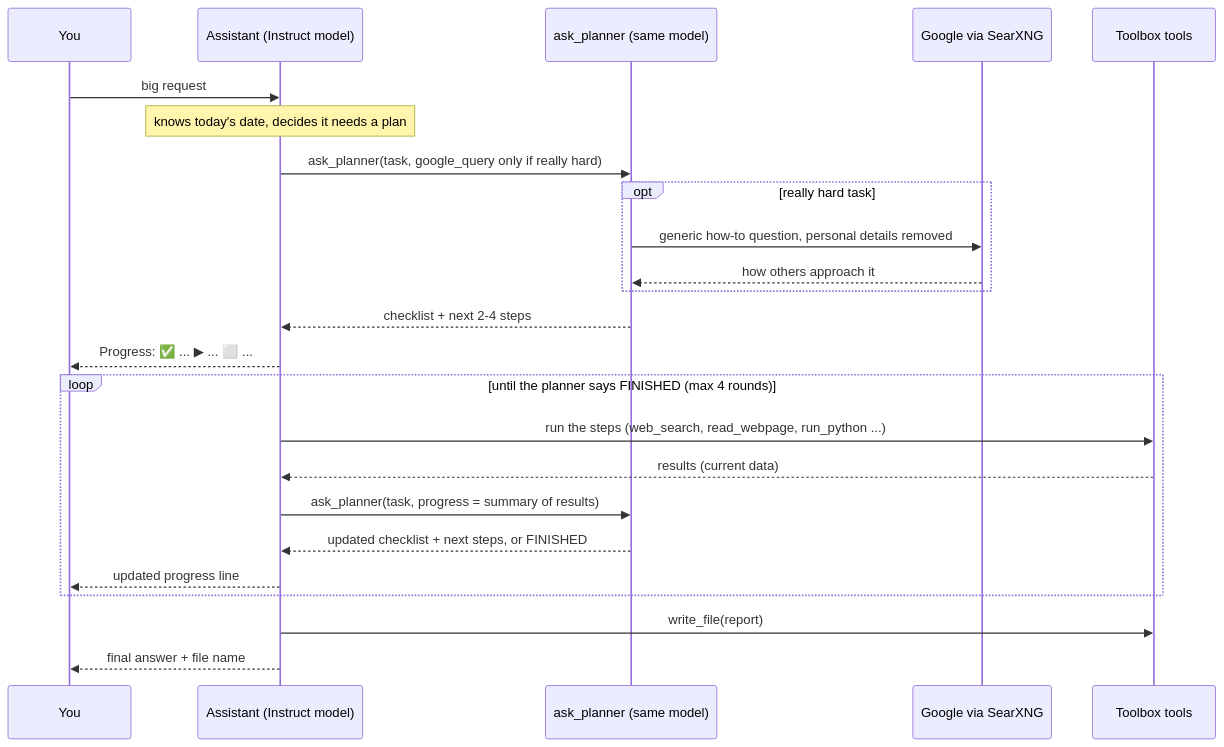
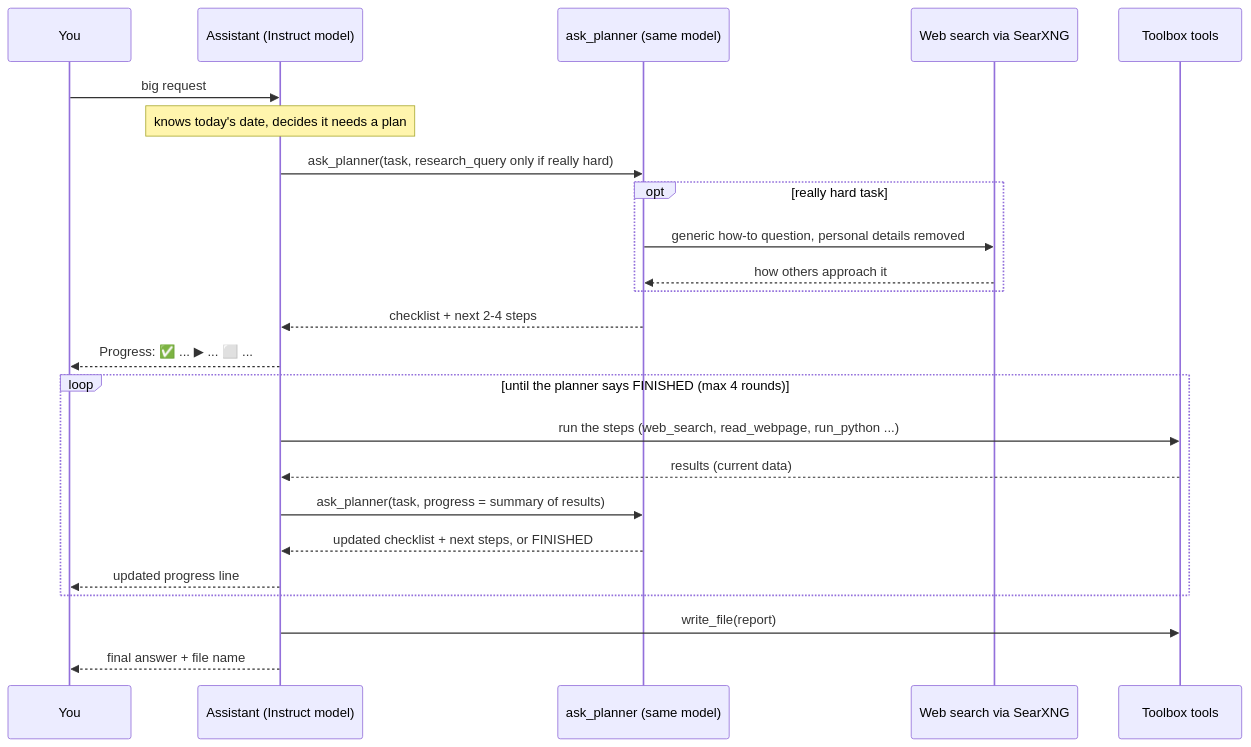
The second of 2 diagrams in README.md (dhoon-ai/dhoon), drawn with Mermaid before and after one commit. The commit also changed other lines of this file and 8 other files, not shown here.

First line of the commit message:
Make the hard-task research generic: any SearXNG engines, not only Google

````diff
--- a/README.md
+++ b/README.md
@@ -118,26 +140,26 @@
 ```mermaid
 sequenceDiagram
     participant You
     participant A as Assistant (Instruct model)
     participant P as ask_planner (same model)
-    participant G as Google via SearXNG
+    participant G as Web search via SearXNG
     participant T as Toolbox tools
     You->>A: big request
     Note over A: knows today's date, decides it needs a plan
-    A->>P: ask_planner(task, google_query only if really hard)
+    A->>P: ask_planner(task, research_query only if really hard)
     opt really hard task
         P->>G: generic how-to question, personal details removed
         G-->>P: how others approach it
     end
     P-->>A: checklist + next 2-4 steps
     A-->>You: Progress: ✅ ... ▶ ... ⬜ ...
     loop until the planner says FINISHED (max 4 rounds)
         A->>T: run the steps (web_search, read_webpage, run_python ...)
         T-->>A: results (current data)
         A->>P: ask_planner(task, progress = summary of results)
         P-->>A: updated checklist + next steps, or FINISHED
         A-->>You: updated progress line
     end
     A->>T: write_file(report)
     A-->>You: final answer + file name
 ```
````
